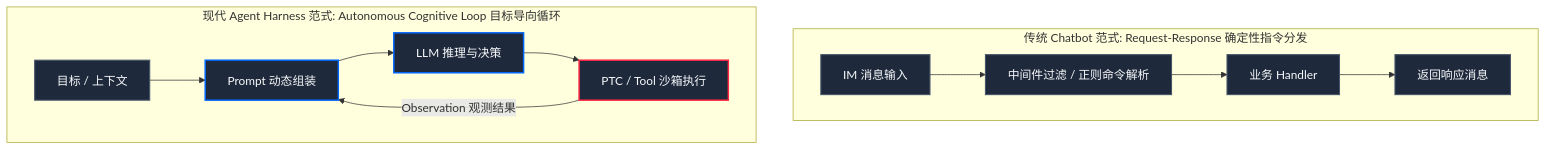
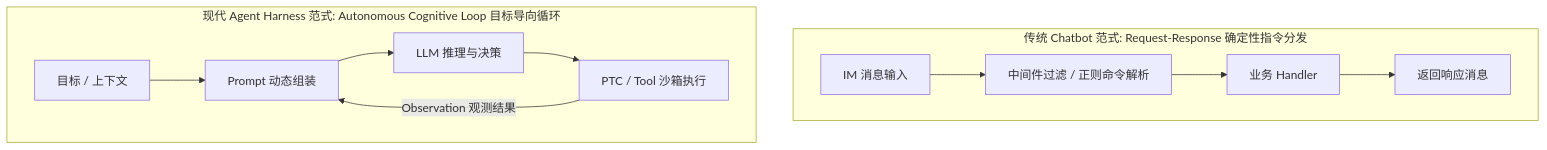
Before and after one commit to SXP-Simon/SXP-Simon.github.io: the first of 5 diagrams in src/content/posts/plugin-architecture-evolution-koishi-astrbot-dsh.mdx, drawn with Mermaid. The commit also changed other lines of this file and 4 other files, not shown here.

Commit message:
feat(ui): add native TOC with scrollspy, CJK reading time, fix Mermaid theming and SVG lightbox zoom

````diff
--- a/src/content/posts/plugin-architecture-evolution-koishi-astrbot-dsh.mdx
+++ b/src/content/posts/plugin-architecture-evolution-koishi-astrbot-dsh.mdx
@@ -76,17 +76,13 @@
 ```mermaid
 graph TD
-    classDef flow fill:#1e293b,stroke:#475569,stroke-width:1.5px,color:#f8fafc;
-    classDef loop fill:#1e293b,stroke:#0066FF,stroke-width:2px,color:#f8fafc;
-    classDef action fill:#1e293b,stroke:#FF2442,stroke-width:2px,color:#f8fafc;
-
-    subgraph Traditional [传统 Chatbot 范式: Request-Response 确定性指令分发]
-        A["IM 消息输入"]:::flow --> B["中间件过滤 / 正则命令解析"]:::flow --> C["业务 Handler"]:::flow --> D["返回响应消息"]:::flow
+    subgraph Traditional ["传统 Chatbot 范式: Request-Response 确定性指令分发"]
+        A["IM 消息输入"] --> B["中间件过滤 / 正则命令解析"] --> C["业务 Handler"] --> D["返回响应消息"]
     end
 
-    subgraph Modern [现代 Agent Harness 范式: Autonomous Cognitive Loop 目标导向循环]
-        E["目标 / 上下文"]:::flow --> F["Prompt 动态组装"]:::loop
-        F --> G["LLM 推理与决策"]:::loop
-        G --> H["PTC / Tool 沙箱执行"]:::action
+    subgraph Modern ["现代 Agent Harness 范式: Autonomous Cognitive Loop 目标导向循环"]
+        E["目标 / 上下文"] --> F["Prompt 动态组装"]
+        F --> G["LLM 推理与决策"]
+        G --> H["PTC / Tool 沙箱执行"]
         H -->|"Observation 观测结果"| F
     end
 ```
````
